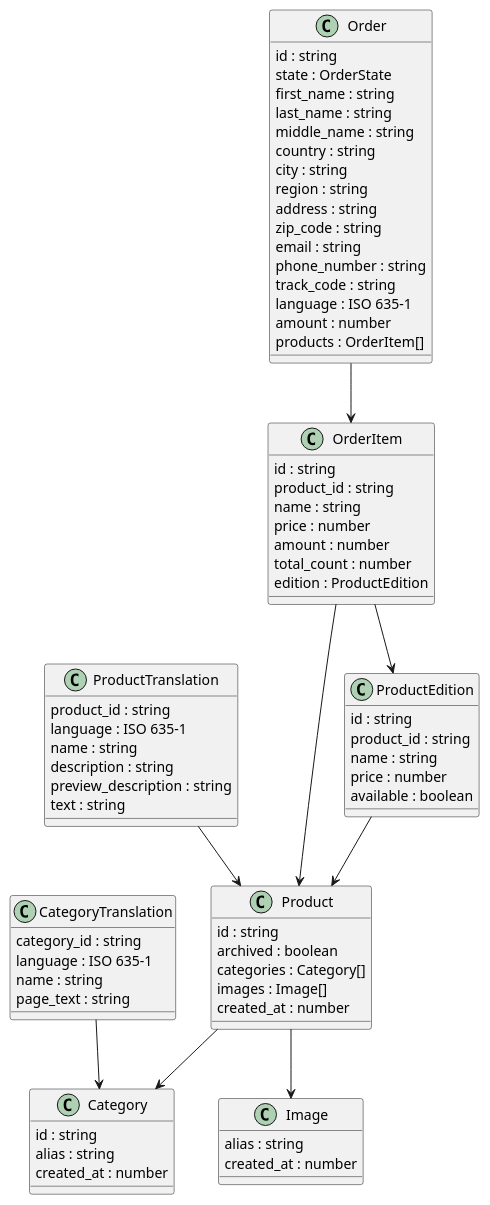
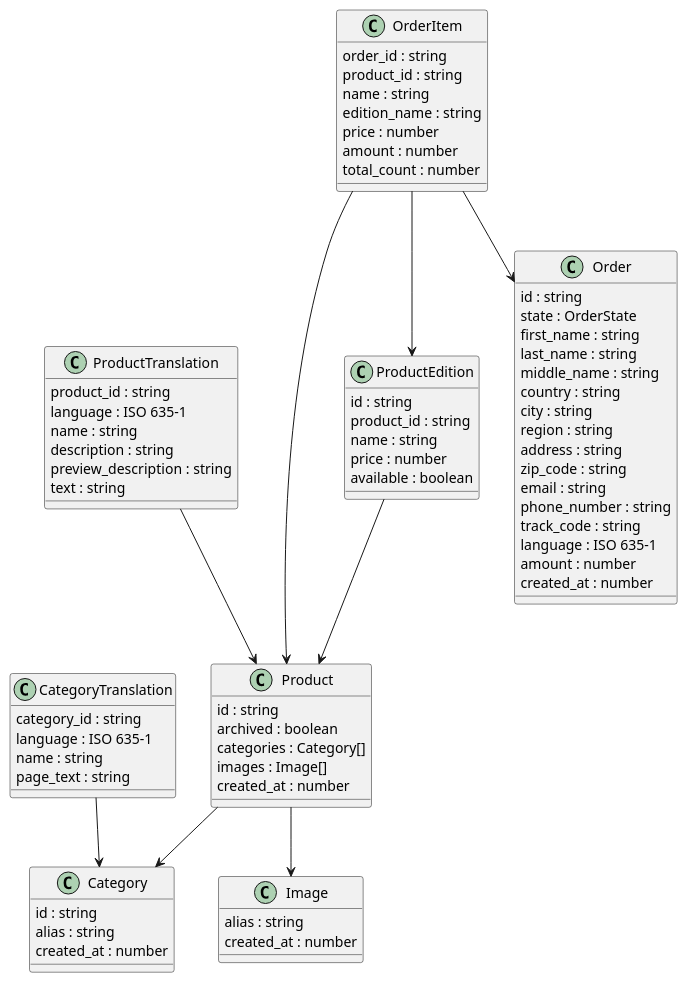
The diagram in docs/models.puml (async-devil/coffee-e-shop), drawn with PlantUML before and after one commit.

Commit message:
feat: update models doc

```diff
--- a/docs/models.puml
+++ b/docs/models.puml
@@ -1,83 +1,83 @@
 @startuml models
 
 class Product {
   id : string
   archived : boolean
   categories : Category[]
   images : Image[]
   created_at : number
 }
 Product --> Category
 Product --> Image
 
 class ProductTranslation {
   product_id : string
   language : ISO 635-1
   name : string
   description : string
   preview_description : string
   text : string
 }
 ProductTranslation --> Product
 
 class ProductEdition {
   id : string
   product_id : string
   name : string
   price : number
   available : boolean
 }
 ProductEdition --> Product
 
 class Image {
   alias : string
   created_at : number
 }
 
 class Category {
   id : string
   alias : string
   created_at : number
 }
 
 class CategoryTranslation {
   category_id : string
   language : ISO 635-1
   name : string
   page_text : string
 }
 CategoryTranslation --> Category
 
 class Order {
   id : string
   state : OrderState
   first_name : string
   last_name : string
   middle_name : string
   country : string
   city : string
   region : string
   address : string
   zip_code : string
   email : string
   phone_number : string
   track_code : string
   language : ISO 635-1
   amount : number
-  products : OrderItem[]
+  created_at : number
 }
-Order --> OrderItem
 
 class OrderItem {
-  id : string
+  order_id : string
   product_id : string
   name : string
+  edition_name : string
   price : number
   amount : number
   total_count : number
-  edition : ProductEdition
 }
+OrderItem --> Order
 OrderItem --> Product
 OrderItem --> ProductEdition
 
 @enduml
```
